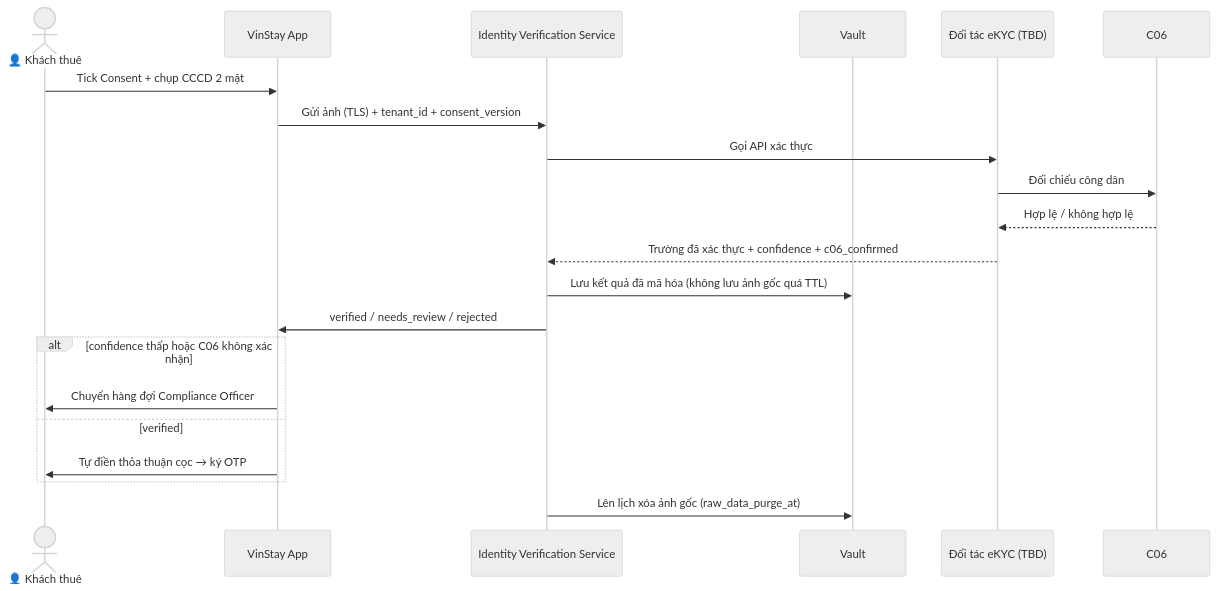
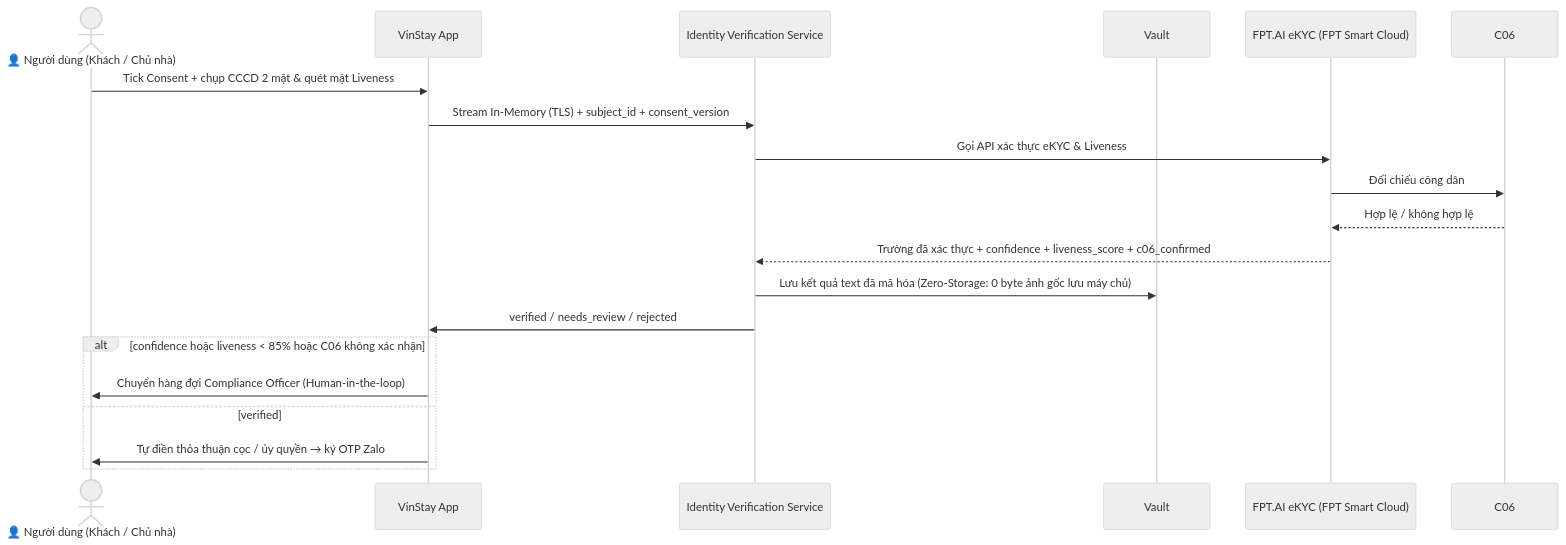
One commit to nan-bi/AI20K-Build-Phase-Cohort-4-P-010 changed the fourth of 12 diagrams in docs/SAD_v2.md. Above: the diagram before and after it, drawn with Mermaid (neutral theme). The commit also changed other lines of this file and 3 other files, not shown here.

Commit message:
feat(ekyc): chuẩn hóa FPT.AI eKYC, Face Liveness và cơ chế Zero-Storage cho toàn hệ thống

````diff
--- a/docs/SAD_v2.md
+++ b/docs/SAD_v2.md
@@ -365,24 +366,23 @@
 ```mermaid
 sequenceDiagram
-    actor Tenant as 👤 Khách thuê
+    actor Tenant as 👤 Người dùng (Khách / Chủ nhà)
     participant App as VinStay App
     participant IdSvc as Identity Verification Service
     participant Vault as Vault
-    participant Prov as Đối tác eKYC (TBD)
+    participant Prov as FPT.AI eKYC (FPT Smart Cloud)
     participant C06 as C06
 
-    Tenant->>App: Tick Consent + chụp CCCD 2 mặt
-    App->>IdSvc: Gửi ảnh (TLS) + tenant_id + consent_version
-    IdSvc->>Prov: Gọi API xác thực
+    Tenant->>App: Tick Consent + chụp CCCD 2 mặt & quét mặt Liveness
+    App->>IdSvc: Stream In-Memory (TLS) + subject_id + consent_version
+    IdSvc->>Prov: Gọi API xác thực eKYC & Liveness
     Prov->>C06: Đối chiếu công dân
     C06-->>Prov: Hợp lệ / không hợp lệ
-    Prov-->>IdSvc: Trường đã xác thực + confidence + c06_confirmed
-    IdSvc->>Vault: Lưu kết quả đã mã hóa (không lưu ảnh gốc quá TTL)
+    Prov-->>IdSvc: Trường đã xác thực + confidence + liveness_score + c06_confirmed
+    IdSvc->>Vault: Lưu kết quả text đã mã hóa (Zero-Storage: 0 byte ảnh gốc lưu máy chủ)
     IdSvc->>App: verified / needs_review / rejected
-    alt confidence thấp hoặc C06 không xác nhận
-        App->>Tenant: Chuyển hàng đợi Compliance Officer
+    alt confidence hoặc liveness < 85% hoặc C06 không xác nhận
+        App->>Tenant: Chuyển hàng đợi Compliance Officer (Human-in-the-loop)
     else verified
-        App->>Tenant: Tự điền thỏa thuận cọc → ký OTP
+        App->>Tenant: Tự điền thỏa thuận cọc / ủy quyền → ký OTP Zalo
     end
-    IdSvc->>Vault: Lên lịch xóa ảnh gốc (raw_data_purge_at)
 ```
````
